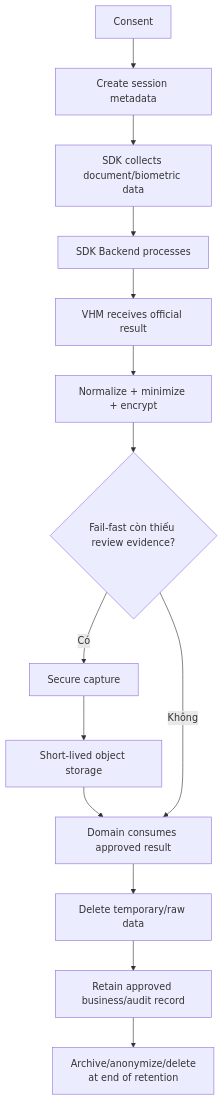
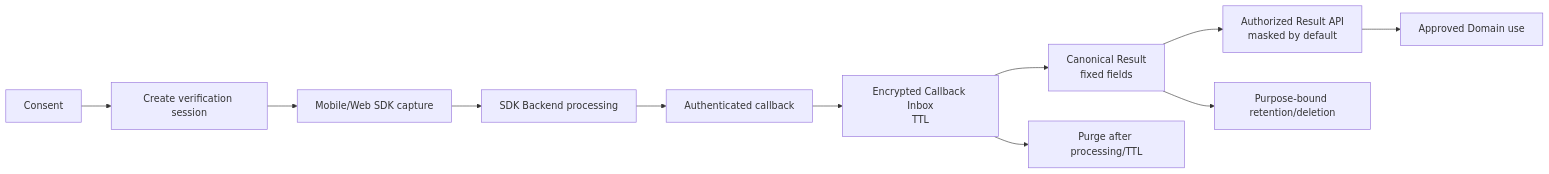
One commit to huynv-xyz/vhm changed diagram 23 of 24 in tdd2.md. Above: the diagram before and after it, drawn with Mermaid. The commit also changed other lines of this file, not shown here.

````diff
--- a/tdd2.md
+++ b/tdd2.md
@@ -2164,16 +2147,13 @@
 ```mermaid
-flowchart TD
-    CONSENT["Consent"] --> SESSION["Create session metadata"]
-    SESSION --> COLLECT["SDK collects document/biometric data"]
-    COLLECT --> PROCESS["SDK Backend processes"]
-    PROCESS --> RESULT["VHM receives official result"]
-    RESULT --> NORMALIZE["Normalize + minimize + encrypt"]
-    NORMALIZE --> MISSING{"Fail-fast còn thiếu review evidence?"}
-    MISSING -->|Có| CAPTURE["Secure capture"]
-    CAPTURE --> STORAGE["Short-lived object storage"]
-    STORAGE --> DOMAIN["Domain consumes approved result"]
-    MISSING -->|Không| DOMAIN
-    DOMAIN --> DELETE["Delete temporary/raw data"]
-    DELETE --> RETAIN["Retain approved business/audit record"]
-    RETAIN --> END["Archive/anonymize/delete<br/>at end of retention"]
+flowchart LR
+    CONSENT["Consent"] --> CREATE["Create verification session"]
+    CREATE --> SDK["Mobile/Web SDK capture"]
+    SDK --> BACKEND["SDK Backend processing"]
+    BACKEND --> CALLBACK["Authenticated callback"]
+    CALLBACK --> INBOX["Encrypted Callback Inbox<br/>TTL"]
+    INBOX --> RESULT["Canonical Result<br/>fixed fields"]
+    RESULT --> API["Authorized Result API<br/>masked by default"]
+    API --> DOMAIN["Approved Domain use"]
+    INBOX --> PURGE["Purge after processing/TTL"]
+    RESULT --> RETENTION["Purpose-bound retention/deletion"]
 ```
````
